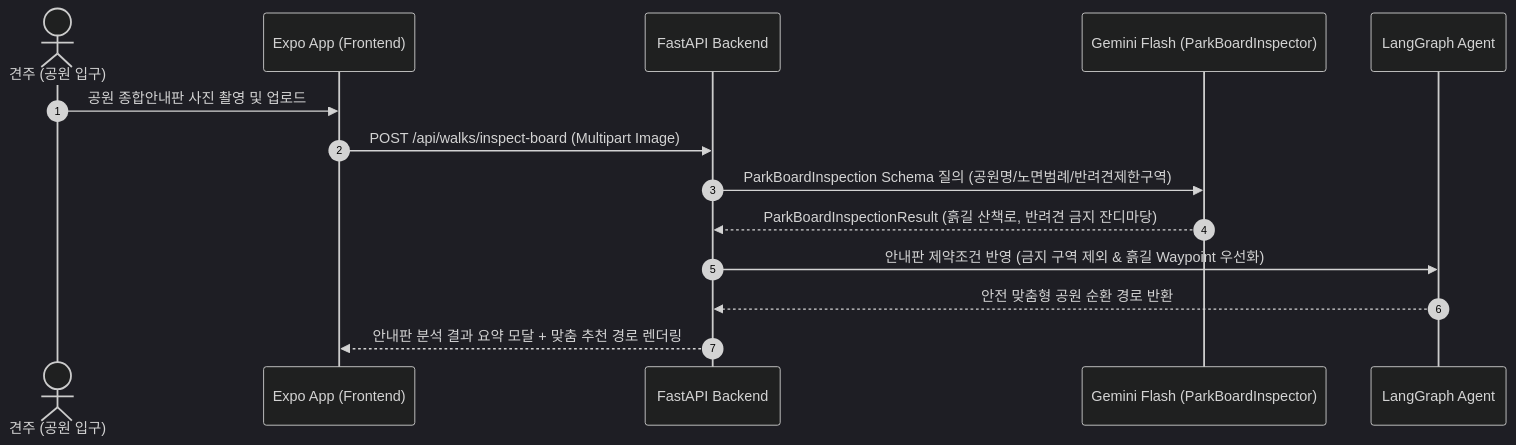
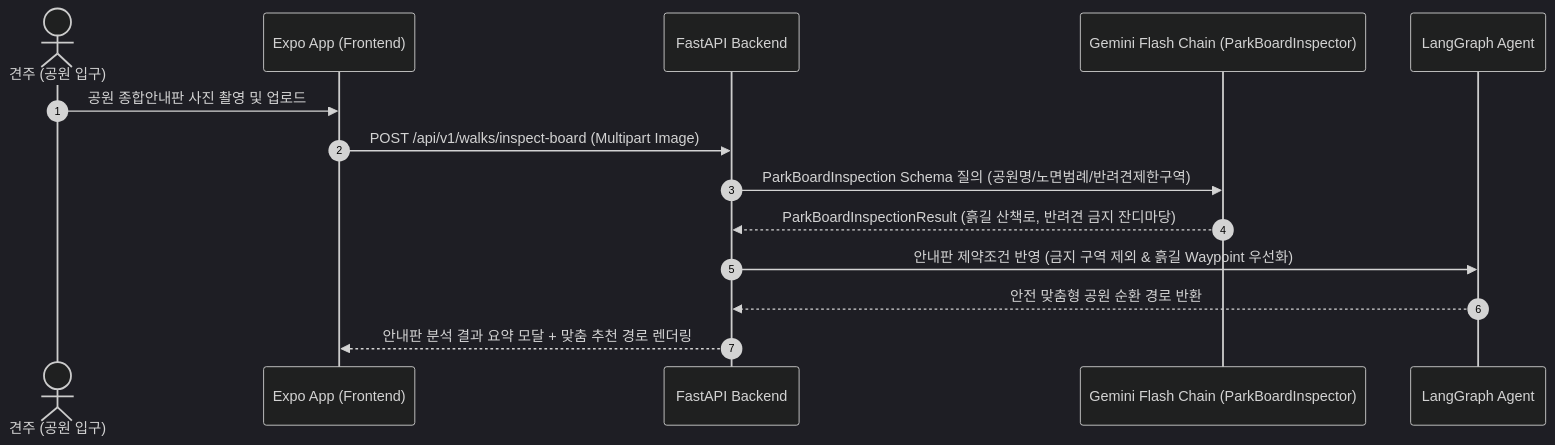
One commit to gigantess/PawTrail changed the third of 4 diagrams in docs/04_PawTrail_Architecture_Design.md. Above: the diagram before and after it, drawn with Mermaid (dark theme). The commit also changed other lines of this file and 4 other files, not shown here.

````diff
--- a/docs/04_PawTrail_Architecture_Design.md
+++ b/docs/04_PawTrail_Architecture_Design.md
@@ -342,17 +365,17 @@
 ```mermaid
 sequenceDiagram
     autonumber
     actor User as 견주 (공원 입구)
     participant Front as Expo App (Frontend)
     participant API as FastAPI Backend
-    participant Vision as Gemini Flash (ParkBoardInspector)
+    participant Vision as Gemini Flash Chain (ParkBoardInspector)
     participant Agent as LangGraph Agent
 
     User->>Front: 공원 종합안내판 사진 촬영 및 업로드
-    Front->>API: POST /api/walks/inspect-board (Multipart Image)
+    Front->>API: POST /api/v1/walks/inspect-board (Multipart Image)
     API->>Vision: ParkBoardInspection Schema 질의 (공원명/노면범례/반려견제한구역)
     Vision-->>API: ParkBoardInspectionResult (흙길 산책로, 반려견 금지 잔디마당)
     API->>Agent: 안내판 제약조건 반영 (금지 구역 제외 & 흙길 Waypoint 우선화)
     Agent-->>API: 안전 맞춤형 공원 순환 경로 반환
     API-->>Front: 안내판 분석 결과 요약 모달 + 맞춤 추천 경로 렌더링
 ```
````
